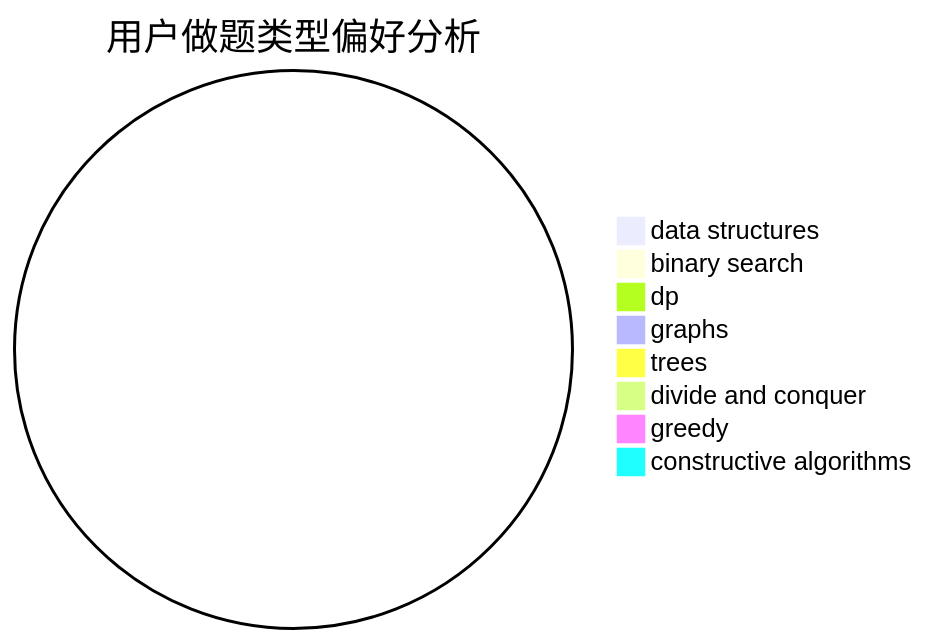
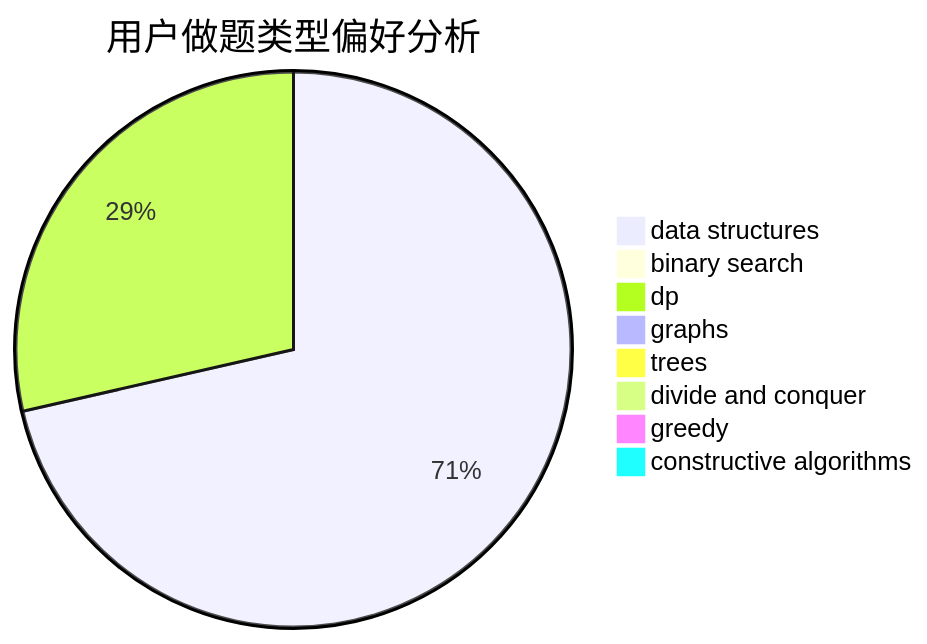
One commit to sherpahu/cfrs.github.io changed the second of 3 diagrams in docs/user/u896.md. Above: the diagram before and after it, drawn with Mermaid. The commit also changed other lines of this file and 2770 other files, not shown here.

````diff
--- a/docs/user/u896.md
+++ b/docs/user/u896.md
@@ -23,11 +23,11 @@
 ```mermaid
 pie title 用户做题类型偏好分析
-    "data structures" :  0
+    "data structures" :  5
     "binary search" :  0
-    "dp" :  0
+    "dp" :  2
     "graphs" :  0
     "trees" :  0
     "divide and conquer" :  0
     "greedy" :  0
     "constructive algorithms" :  0
 ```
````
